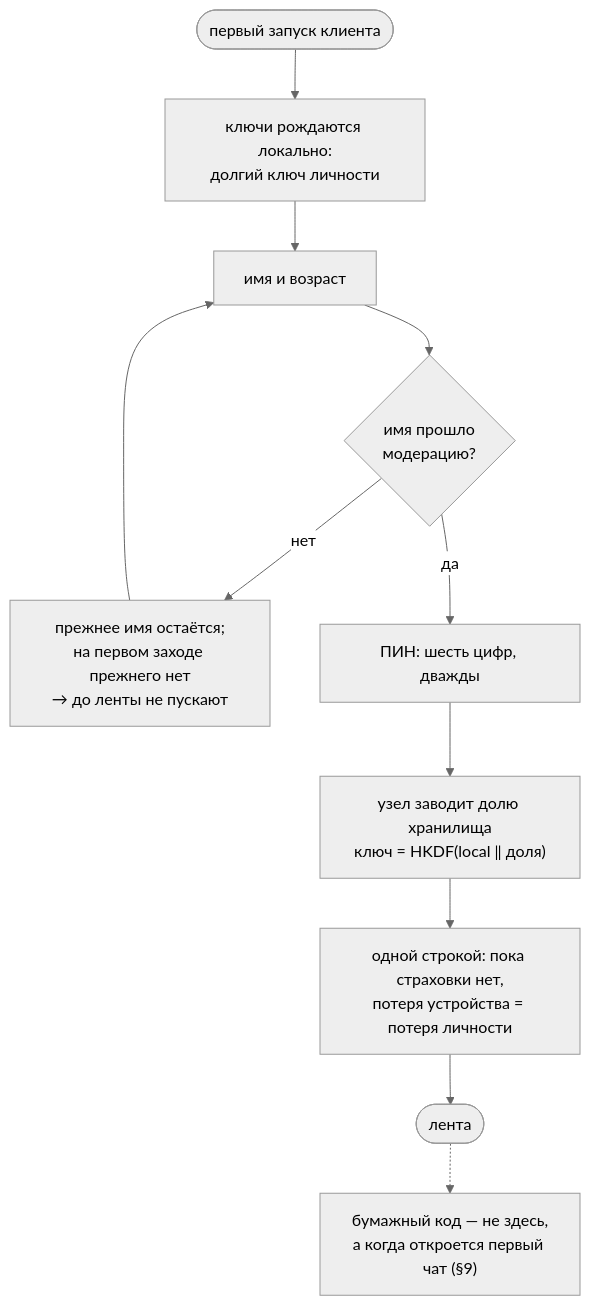
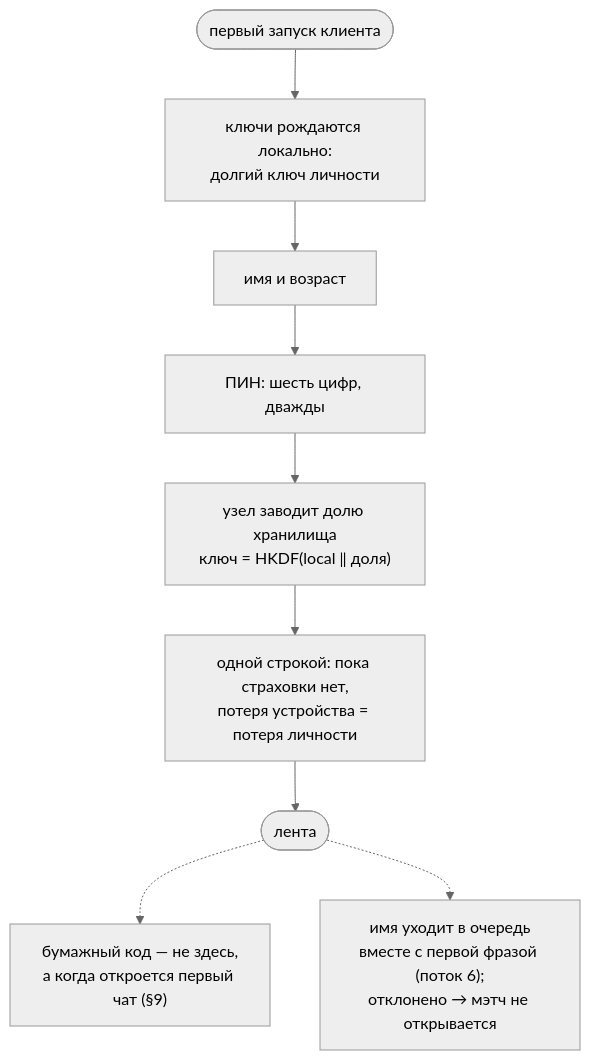
Before and after one commit to panov-id/xor.ad: the first of 26 diagrams in docs/chat-flows_RU.md, drawn with Mermaid (neutral theme). The commit also changed other lines of this file and 4 other files, not shown here.

````diff
--- a/docs/chat-flows_RU.md
+++ b/docs/chat-flows_RU.md
@@ -20,13 +22,11 @@
 ```mermaid
 flowchart TD
   start(["первый запуск клиента"]) --> keys["ключи рождаются локально:<br/>долгий ключ личности"]
   keys --> form["имя и возраст"]
-  form --> mod{"имя прошло<br/>модерацию?"}
-  mod -- "нет" --> again["прежнее имя остаётся;<br/>на первом заходе прежнего нет<br/>→ до ленты не пускают"]
-  again --> form
-  mod -- "да" --> pin["ПИН: шесть цифр, дважды"]
+  form --> pin["ПИН: шесть цифр, дважды"]
   pin --> share["узел заводит долю хранилища<br/>ключ = HKDF#40;local ‖ доля#41;"]
   share --> warn["одной строкой: пока страховки нет,<br/>потеря устройства = потеря личности"]
   warn --> feed(["лента"])
   feed -.-> later["бумажный код — не здесь,<br/>а когда откроется первый чат #40;§9#41;"]
+  feed -.-> namecheck["имя уходит в очередь<br/>вместе с первой фразой #40;поток 6#41;;<br/>отклонено → мэтч не открывается"]
 ```
````
